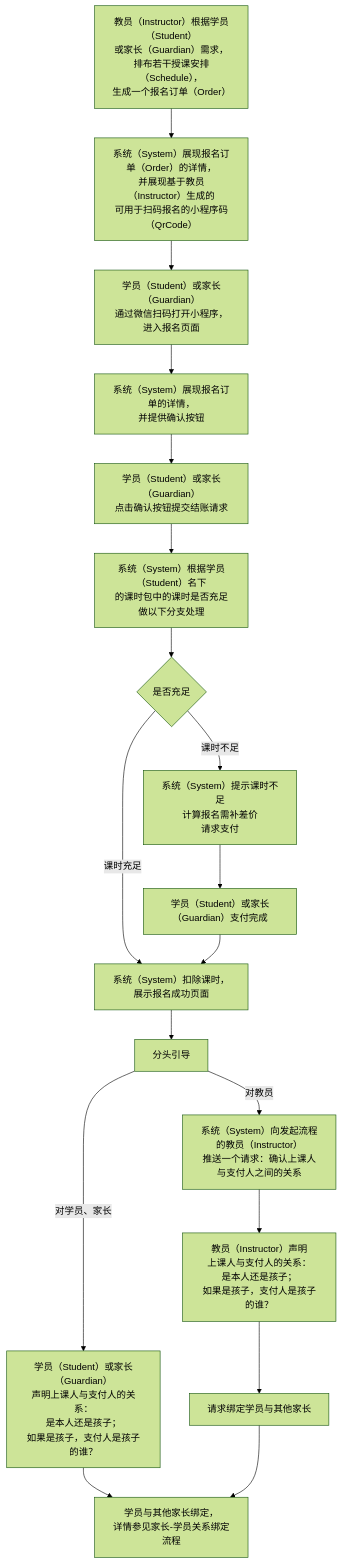
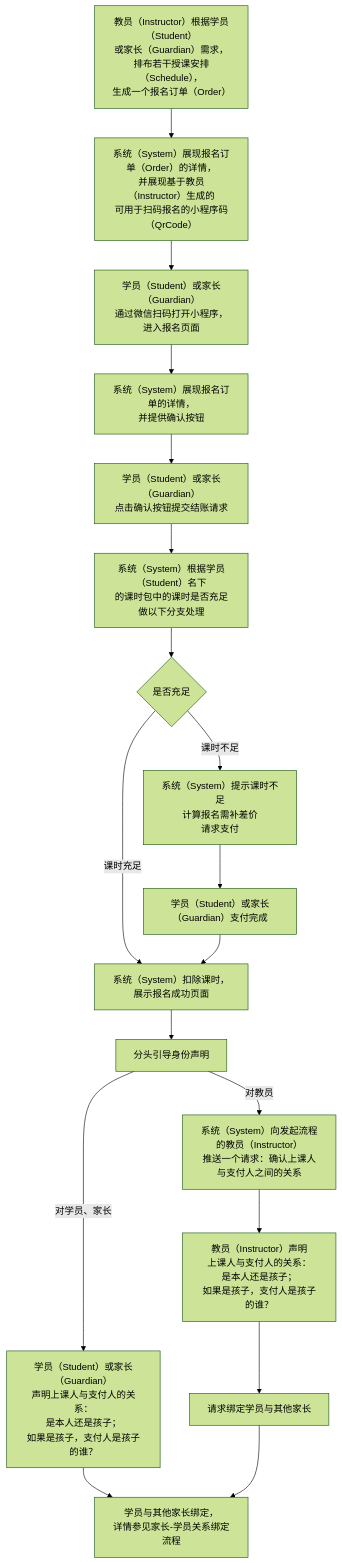
The diagram in 用例/报名.md (world-wide-web/sign), drawn with Mermaid (forest theme) before and after one commit. The commit also changed other lines of this file, not shown here.

````diff
--- a/用例/报名.md
+++ b/用例/报名.md
@@ -8,51 +8,51 @@
 ```mermaid
 graph TD
 
 生成报名订单-->生成报名码
 生成报名码-->扫码报名
 扫码报名-->展现报名订单
 展现报名订单-->确认并提交结账请求
 确认并提交结账请求-->检查课时数量
 检查课时数量-->判断课时数量
 判断课时数量--课时充足-->扣课并提示报名成功
 判断课时数量--课时不足-->请求支付
 请求支付-->支付完成
 支付完成-->扣课并提示报名成功
-扣课并提示报名成功-->分头引导
-分头引导--对教员-->请求身份声明
-分头引导--"对学员、家长"-->支付人身份声明
+扣课并提示报名成功-->分头引导身份声明
+分头引导身份声明--对教员-->请求身份声明
+分头引导身份声明--"对学员、家长"-->支付人身份声明
 请求身份声明-->教员代理身份声明
 教员代理身份声明-->请求绑定学员与其他家长
 支付人身份声明-->学员与其他家长绑定
 请求绑定学员与其他家长-->学员与其他家长绑定
 
 生成报名订单["<center>教员（Instructor）根据学员（Student）<br>或家长（Guardian）需求，<br>排布若干授课安排（Schedule），<br>生成一个报名订单（Order）</center>"]
 
 生成报名码["<center>系统（System）展现报名订单（Order）的详情，<br>并展现基于教员（Instructor）生成的<br>可用于扫码报名的小程序码（QrCode）</center>"]
 
 扫码报名["<center>学员（Student）或家长（Guardian）<br>通过微信扫码打开小程序，进入报名页面</center>"]
 
 展现报名订单["<center>系统（System）展现报名订单的详情，<br>并提供确认按钮</center>"]
 
 确认并提交结账请求["<center>学员（Student）或家长（Guardian）<br>点击确认按钮提交结账请求</center>"]
 
 检查课时数量["<center>系统（System）根据学员（Student）名下<br>的课时包中的课时是否充足做以下分支处理</center>"]
 
 判断课时数量{"<center>是否充足</center>"}
 
 请求支付["<center>系统（System）提示课时不足<br>计算报名需补差价<br>请求支付</center>"]
 
 支付完成["<center>学员（Student）或家长（Guardian）支付完成</center>"]
 
 扣课并提示报名成功["<center>系统（System）扣除课时，展示报名成功页面</center>"]
 
 请求身份声明["<center>系统（System）向发起流程的教员（Instructor）<br>推送一个请求：确认上课人与支付人之间的关系</center>"]
 
 支付人身份声明["<center>学员（Student）或家长（Guardian）<br>声明上课人与支付人的关系：<br>是本人还是孩子；<br>如果是孩子，支付人是孩子的谁？</center>"]
 
 教员代理身份声明["<center>教员（Instructor）声明<br>上课人与支付人的关系：<br>是本人还是孩子；<br>如果是孩子，支付人是孩子的谁？</center>"]
 
 请求绑定学员与其他家长
 
 学员与其他家长绑定["<center>学员与其他家长绑定，<br>详情参见家长-学员关系绑定流程</center>"]
 ```
````
